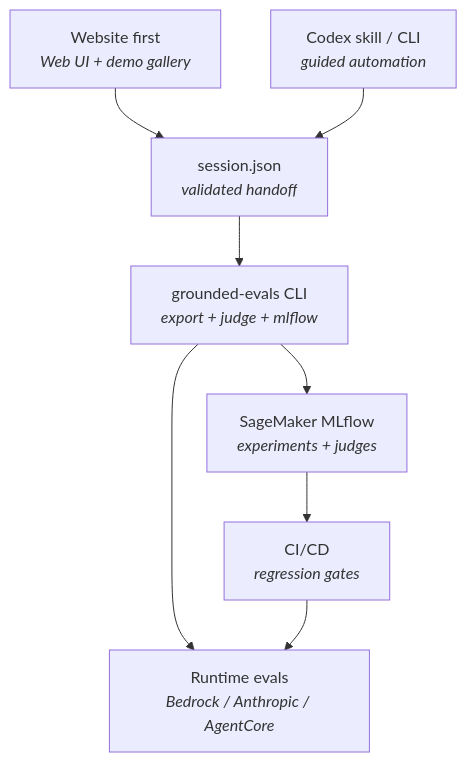
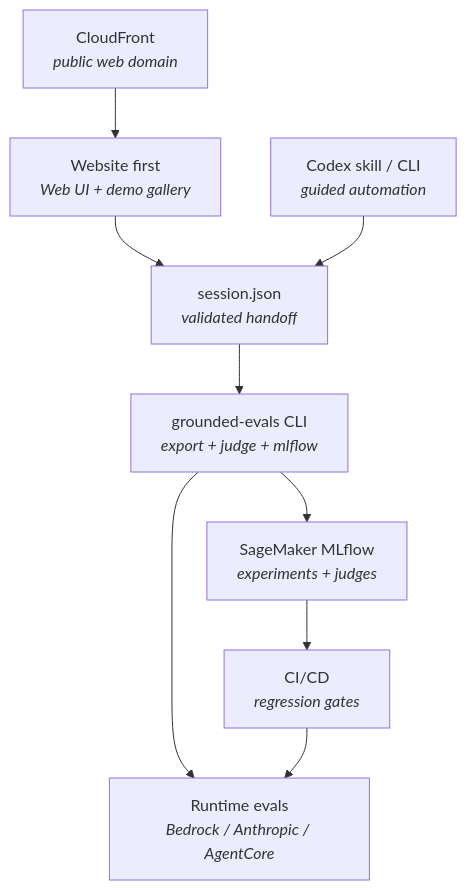
The third of 3 diagrams in README.md (aws-samples/sample-GEDD), drawn with Mermaid before and after one commit. The commit also changed other lines of this file and 7 other files, not shown here.

Commit message:
Add CloudFront public web domain

````diff
--- a/README.md
+++ b/README.md
@@ -298,18 +298,20 @@
 ```mermaid
 flowchart TD
     WEB["Website first<br/><i>Web UI + demo gallery</i>"]
     ASSIST["Codex skill / CLI<br/><i>guided automation</i>"]
     SJ["session.json<br/><i>validated handoff</i>"]
     CLI["grounded-evals CLI<br/><i>export + judge + mlflow</i>"]
+    CF["CloudFront<br/><i>public web domain</i>"]
     RT["Runtime evals<br/><i>Bedrock / Anthropic / AgentCore</i>"]
     SM["SageMaker MLflow<br/><i>experiments + judges</i>"]
     CICD["CI/CD<br/><i>regression gates</i>"]
 
+    CF --> WEB
     WEB --> SJ
     ASSIST --> SJ
     SJ --> CLI
     CLI --> RT
     CLI --> SM
     SM --> CICD
     CICD --> RT
 ```
````
